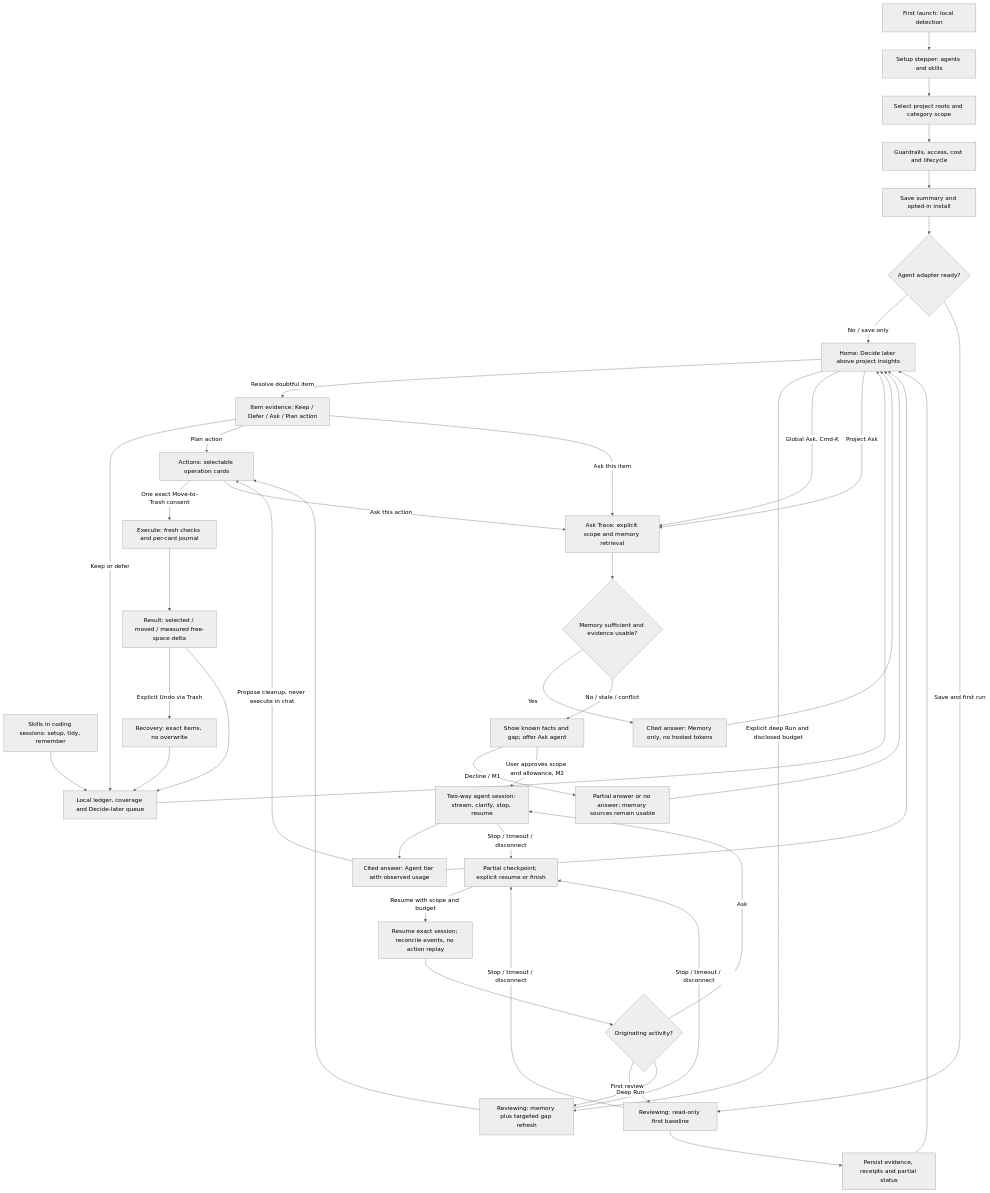
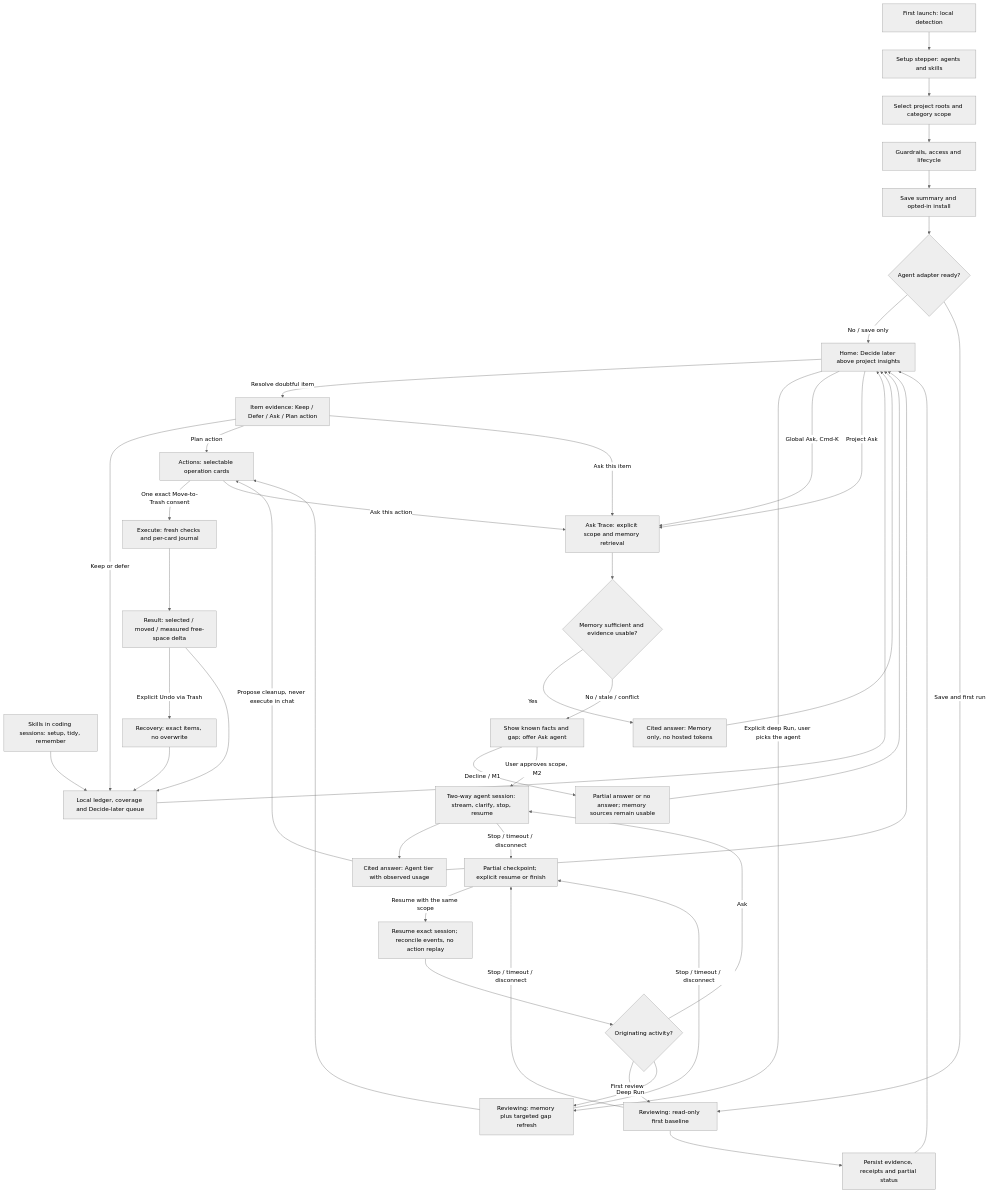
Before and after one commit to gksoriginals/trace: the diagram in docs/design.md, drawn with Mermaid (neutral theme). The commit also changed other lines of this file and 14 other files, not shown here.

````diff
--- a/docs/design.md
+++ b/docs/design.md
@@ -107,46 +107,46 @@
 ```mermaid
 flowchart TD
     A[First launch: local detection] --> B[Setup stepper: agents and skills]
     B --> C[Select project roots and category scope]
-    C --> D[Guardrails, access, cost and lifecycle]
+    C --> D[Guardrails, access and lifecycle]
     D --> E[Save summary and opted-in install]
     E --> F{Agent adapter ready?}
     F -- No / save only --> H[Home: Decide later above project insights]
     F -- Save and first run --> R[Reviewing: read-only first baseline]
     R --> G[Persist evidence, receipts and partial status]
     G --> H
     S[Skills in coding sessions: setup, tidy, remember] --> L[Local ledger, coverage and Decide-later queue]
     L --> H
     H -- Resolve doubtful item --> Q[Item evidence: Keep / Defer / Ask / Plan action]
     Q -- Keep or defer --> L
-    H -- Explicit deep Run and disclosed budget --> R2[Reviewing: memory plus targeted gap refresh]
+    H -- Explicit deep Run, user picks the agent --> R2[Reviewing: memory plus targeted gap refresh]
     R2 --> X[Actions: selectable operation cards]
     Q -- Plan action --> X
     X -- One exact Move-to-Trash consent --> V[Execute: fresh checks and per-card journal]
     V --> W[Result: selected / moved / measured free-space delta]
     W -- Explicit Undo via Trash --> U[Recovery: exact items, no overwrite]
     U --> L
     W --> L
     H -- Global Ask, Cmd-K --> K[Ask Trace: explicit scope and memory retrieval]
     Q -- Ask this item --> K
     X -- Ask this action --> K
     H -- Project Ask --> K
     K --> M{Memory sufficient and evidence usable?}
     M -- Yes --> N[Cited answer: Memory only, no hosted tokens]
     M -- No / stale / conflict --> O[Show known facts and gap; offer Ask agent]
     O -- Decline / M1 --> N2[Partial answer or no answer; memory sources remain usable]
-    O -- User approves scope and allowance, M2 --> T[Two-way agent session: stream, clarify, stop, resume]
+    O -- User approves scope, M2 --> T[Two-way agent session: stream, clarify, stop, resume]
     T --> N3[Cited answer: Agent tier with observed usage]
     N3 -- Propose cleanup, never execute in chat --> X
     N --> H
     N2 --> H
     N3 --> H
     R -- Stop / timeout / disconnect --> P[Partial checkpoint; explicit resume or finish]
     R2 -- Stop / timeout / disconnect --> P
     T -- Stop / timeout / disconnect --> P
-    P -- Resume with scope and budget --> T2[Resume exact session; reconcile events, no action replay]
+    P -- Resume with the same scope --> T2[Resume exact session; reconcile events, no action replay]
     T2 --> Z{Originating activity?}
     Z -- Ask --> T
     Z -- First review --> R
     Z -- Deep Run --> R2
 ```
````
